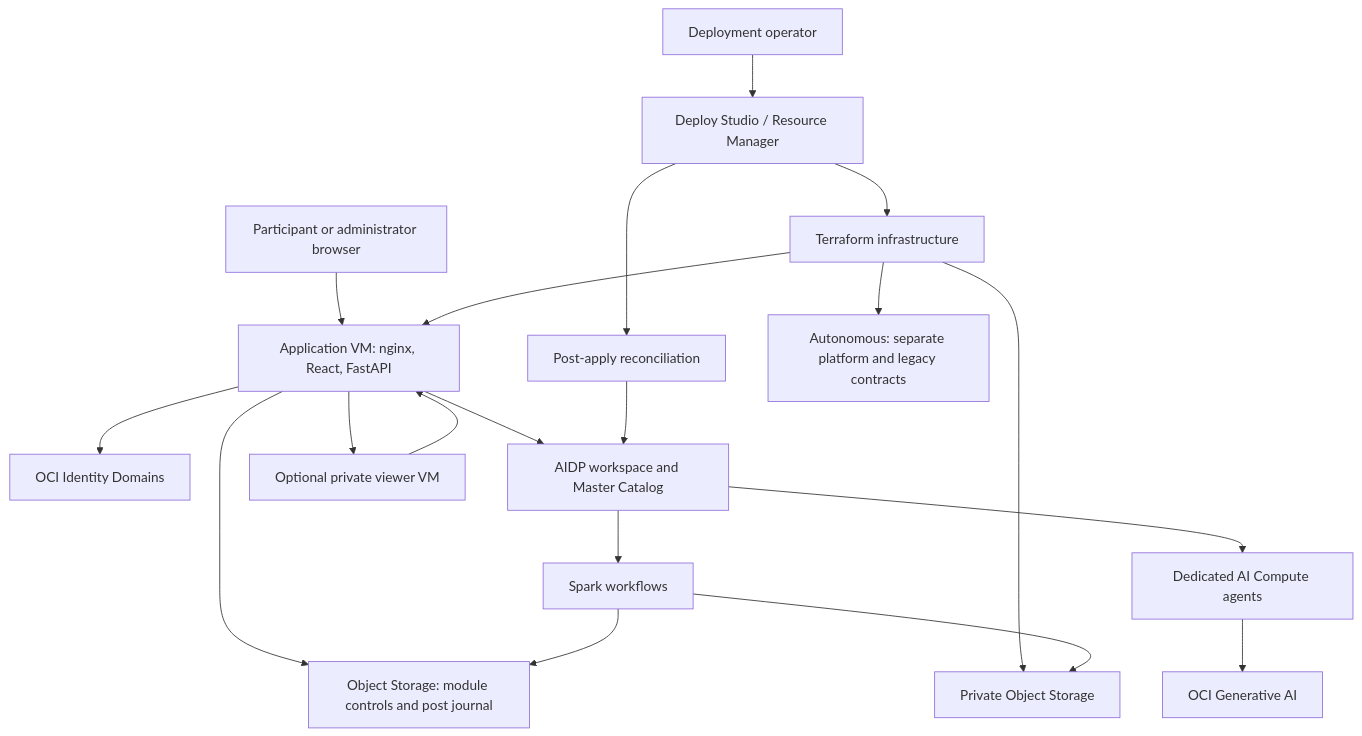
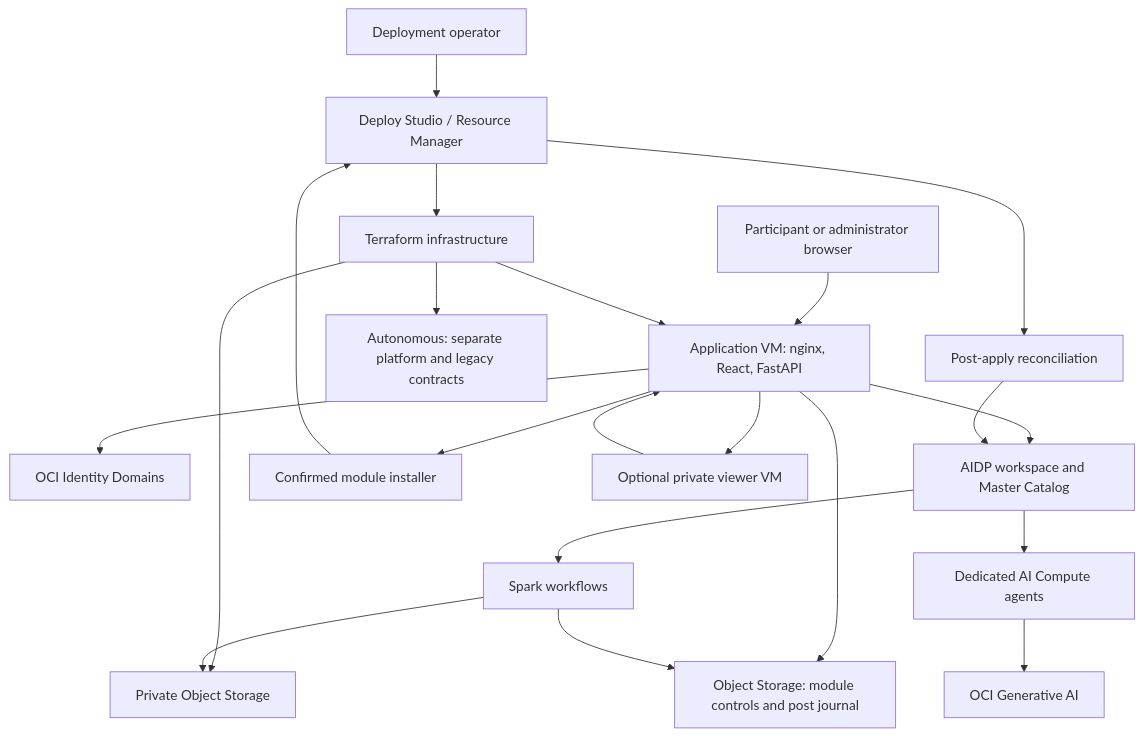
One commit to jgangini/oci-ai-data-platform-workbench-starter-kits changed the first of 3 diagrams in docs/architecture.md. Above: the diagram before and after it, drawn with Mermaid. The commit also changed other lines of this file and 35 other files, not shown here.

````diff
--- a/docs/architecture.md
+++ b/docs/architecture.md
@@ -12,21 +12,23 @@
 ```mermaid
 flowchart TB
     Operator[Deployment operator] --> Deploy[Deploy Studio / Resource Manager]
     Deploy --> Infra[Terraform infrastructure]
     Deploy --> Hook[Post-apply reconciliation]
     Browser[Participant or administrator browser] --> Public[Application VM: nginx, React, FastAPI]
     Public --> Identity[OCI Identity Domains]
     Public --> Workbench[AIDP workspace and Master Catalog]
     Hook --> Workbench
     Infra --> Public
     Infra --> Storage[Private Object Storage]
     Infra --> ADB[Autonomous: separate platform and legacy contracts]
+    Public --> Install[Confirmed module installer]
+    Install --> Deploy
     Public --> Controls[Object Storage: module controls and post journal]
     Spark --> Controls
     Workbench --> Spark[Spark workflows]
     Spark --> Storage
     Workbench --> AI[Dedicated AI Compute agents]
     AI --> Model[OCI Generative AI]
     Public --> Viewer[Optional private viewer VM]
     Viewer --> Public
 ```
````
